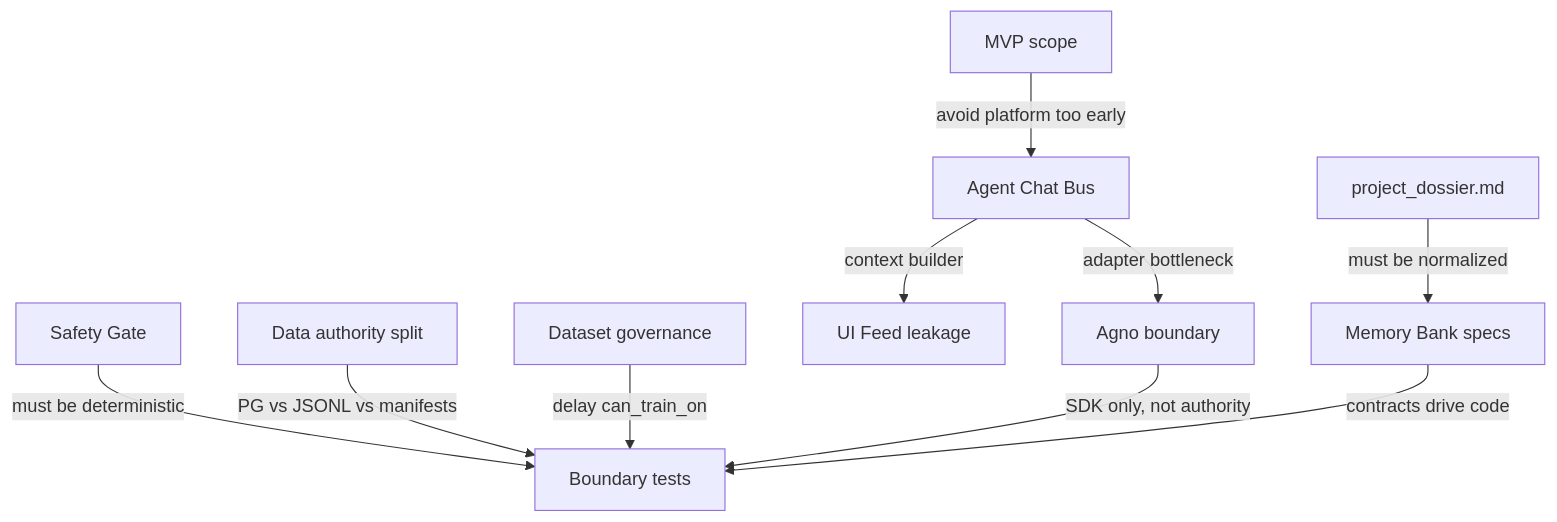
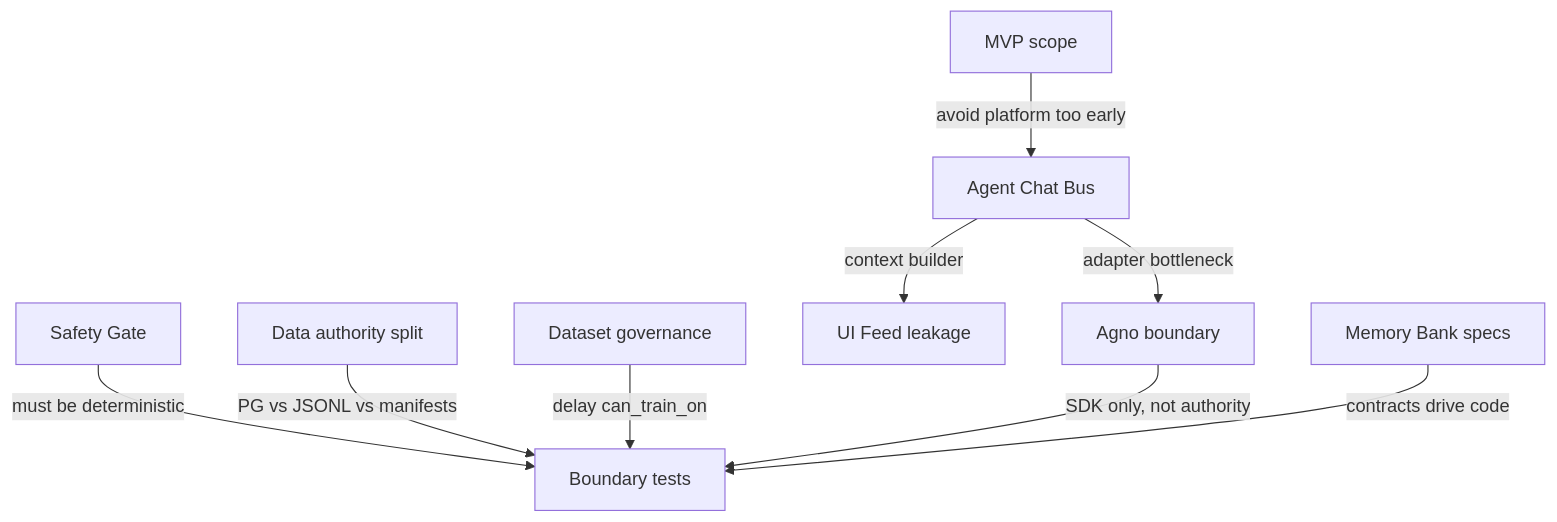
Diagram 14 of 14 in .memory-bank/archive/mvp-v1/root/schemas_mermaid.md (nicelight/agro-intellect), drawn with Mermaid before and after one commit. The commit also changed other lines of this file and 64 other files, not shown here.

````diff
--- a/.memory-bank/archive/mvp-v1/root/schemas_mermaid.md
+++ b/.memory-bank/archive/mvp-v1/root/schemas_mermaid.md
@@ -470,23 +469,21 @@
 ```mermaid
 flowchart TD
-  Dossier["project_dossier.md"]
   Specs["Memory Bank specs"]
   Scope["MVP scope"]
   Bus["Agent Chat Bus"]
   Safety["Safety Gate"]
   Data["Data authority split"]
   UILeak["UI Feed leakage"]
   Agno["Agno boundary"]
   Dataset["Dataset governance"]
   Tests["Boundary tests"]
 
-  Dossier -->|must be normalized| Specs
   Scope -->|avoid platform too early| Bus
   Bus -->|adapter bottleneck| Agno
   Bus -->|context builder| UILeak
   Safety -->|must be deterministic| Tests
   Data -->|PG vs JSONL vs manifests| Tests
   Dataset -->|delay can_train_on| Tests
   Agno -->|SDK only, not authority| Tests
   Specs -->|contracts drive code| Tests
 ```
````
